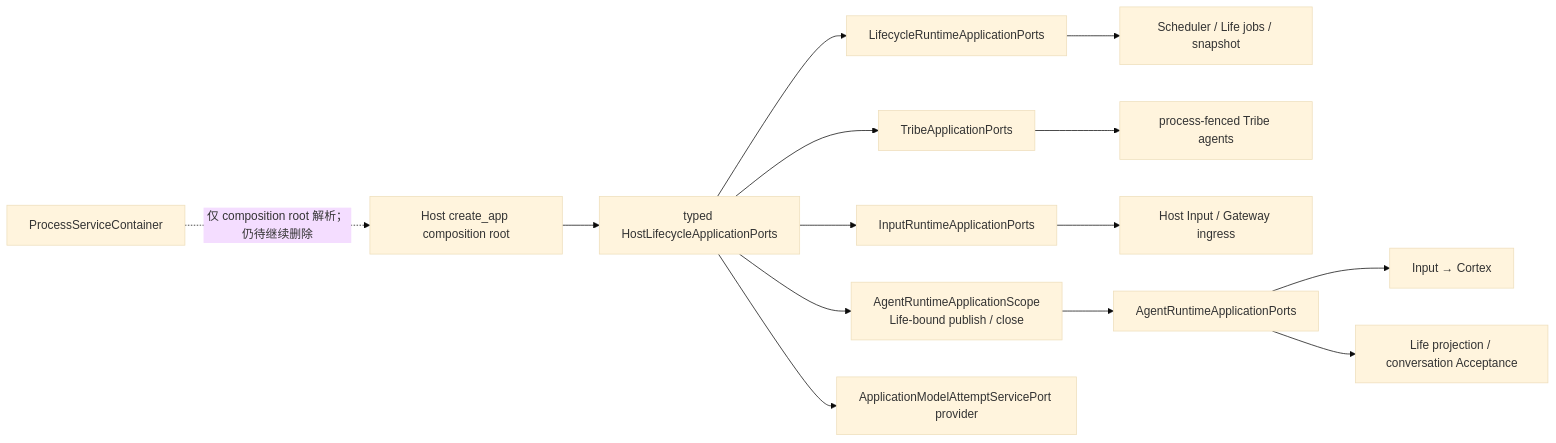
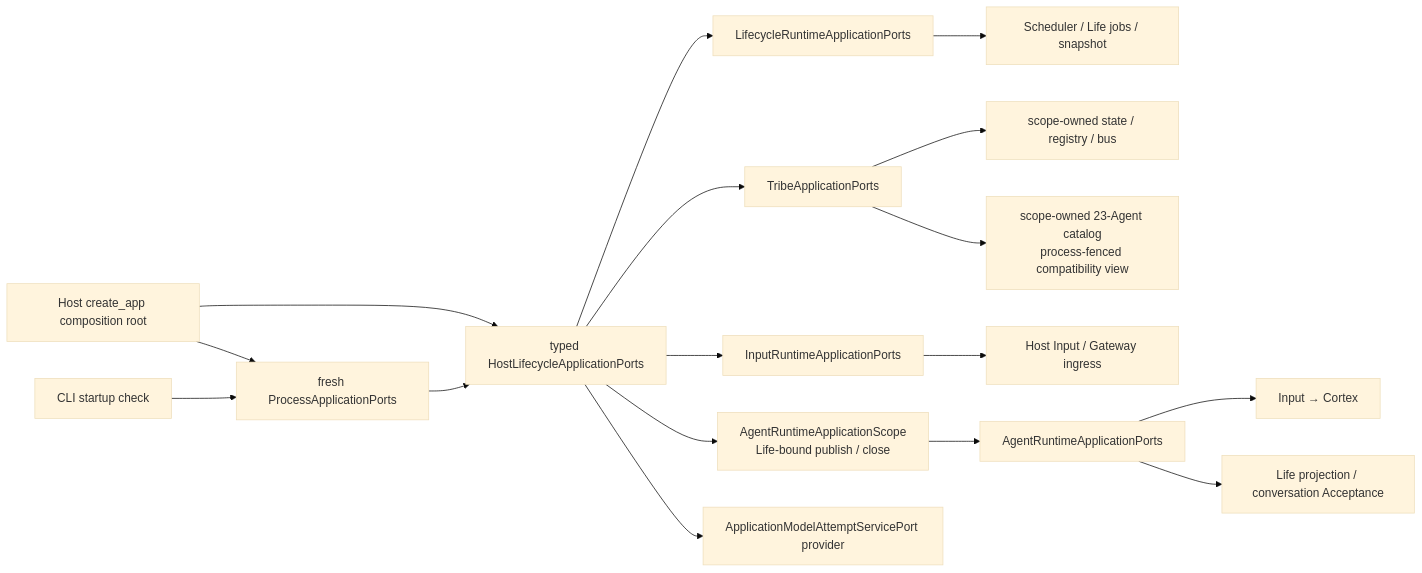
Before and after one commit to SakuraYoruno/Natsume_Ai: the sixth of 18 diagrams in docs/50_project/arch/DATA_FLOW_ARCHITECTURE.md, drawn with Mermaid (base theme). The commit also changed other lines of this file and 240 other files, not shown here.

````diff
--- a/docs/50_project/arch/DATA_FLOW_ARCHITECTURE.md
+++ b/docs/50_project/arch/DATA_FLOW_ARCHITECTURE.md
@@ -222,16 +267,19 @@
 ```mermaid
 flowchart LR
     ROOT["Host create_app composition root"] --> BUNDLE["typed HostLifecycleApplicationPorts"]
     BUNDLE --> LIFE["LifecycleRuntimeApplicationPorts"]
     BUNDLE --> TRIBE["TribeApplicationPorts"]
     BUNDLE --> INPUT["InputRuntimeApplicationPorts"]
     LIFE --> JOBS["Scheduler / Life jobs / snapshot"]
-    TRIBE --> AGENTS["process-fenced Tribe agents"]
+    TRIBE --> SHARED["scope-owned state / registry / bus"]
+    TRIBE --> AGENTS["scope-owned 23-Agent catalog\nprocess-fenced compatibility view"]
     INPUT --> INGRESS["Host Input / Gateway ingress"]
     BUNDLE --> AGENT_SCOPE["AgentRuntimeApplicationScope\nLife-bound publish / close"]
     AGENT_SCOPE --> AGENT_PORTS["AgentRuntimeApplicationPorts"]
     AGENT_PORTS --> CORTEX["Input → Cortex"]
     AGENT_PORTS --> EFFECTS["Life projection / conversation Acceptance"]
     BUNDLE --> MODEL["ApplicationModelAttemptServicePort provider"]
-    LOCATOR["ProcessServiceContainer"] -. "仅 composition root 解析；仍待继续删除" .-> ROOT
+    CLI["CLI startup check"] --> PORTS["fresh ProcessApplicationPorts"]
+    ROOT --> PORTS
+    PORTS --> BUNDLE
 ```
````
